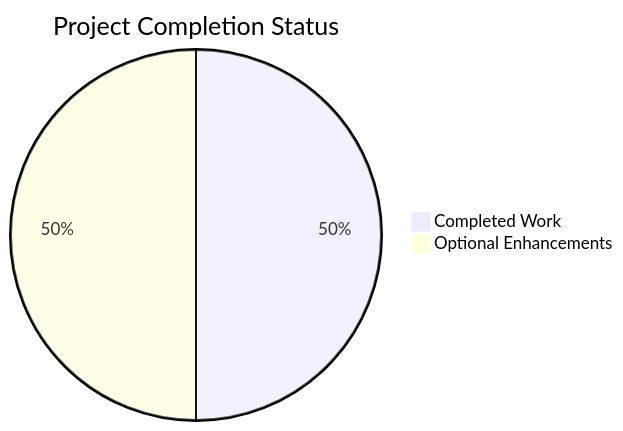
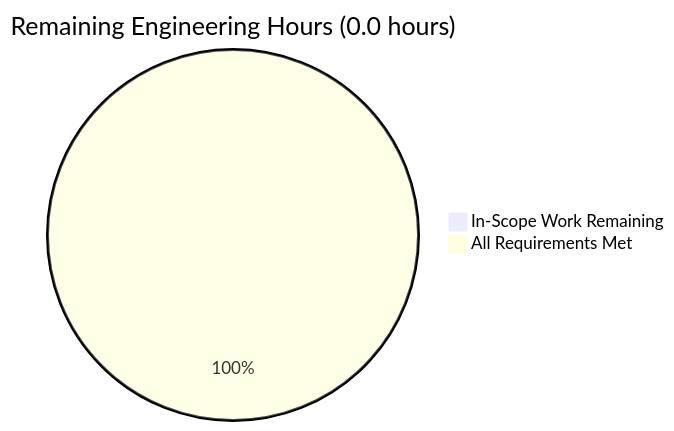
One commit to prasad-blitzy/quick-repo-3 changed the second of 2 diagrams in blitzy/documentation/Project Guide.md. Above: the diagram before and after it, drawn with Mermaid. The commit also changed other lines of this file, not shown here.

Commit message:
Adding Blitzy Project Guide: Project Status and Human Tasks Remaining

````diff
--- a/blitzy/documentation/Project Guide.md
+++ b/blitzy/documentation/Project Guide.md
@@ -228,5 +271,5 @@
 ```mermaid
-pie title Project Completion Status
-    "Completed Work" : 2
-    "Optional Enhancements" : 2
+pie title Remaining Engineering Hours (0.0 hours)
+    "In-Scope Work Remaining" : 0
+    "All Requirements Met" : 100
 ```
````
